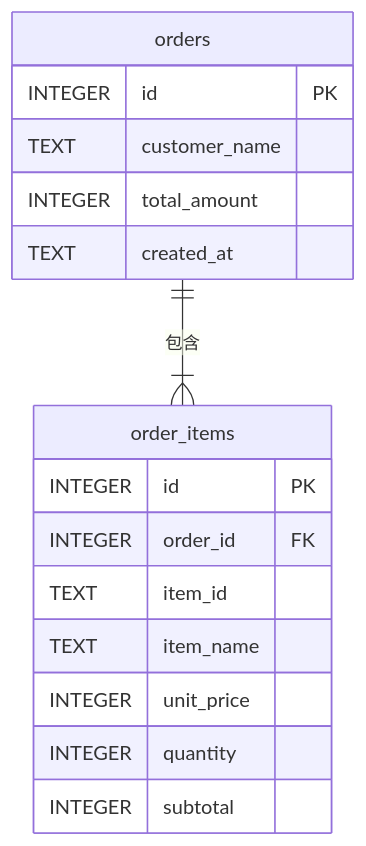
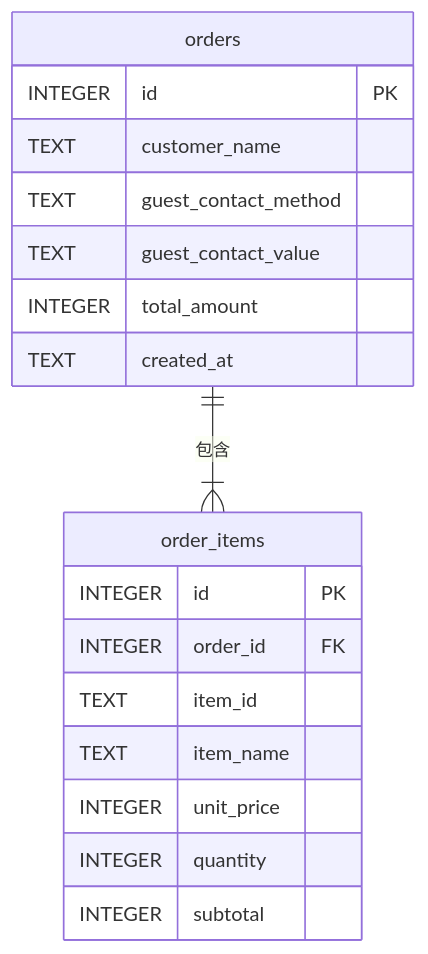
The diagram in doc/database-spec.md (sharon7626/ai-menu-ordering), drawn with Mermaid before and after one commit. The commit also changed other lines of this file and 37 other files, not shown here.

````diff
--- a/doc/database-spec.md
+++ b/doc/database-spec.md
@@ -11,21 +11,23 @@
 ```mermaid
 erDiagram
     orders ||--|{ order_items : 包含
 
     orders {
         INTEGER id PK
         TEXT customer_name
+        TEXT guest_contact_method
+        TEXT guest_contact_value
         INTEGER total_amount
         TEXT created_at
     }
 
     order_items {
         INTEGER id PK
         INTEGER order_id FK
         TEXT item_id
         TEXT item_name
         INTEGER unit_price
         INTEGER quantity
         INTEGER subtotal
     }
 ```
````
